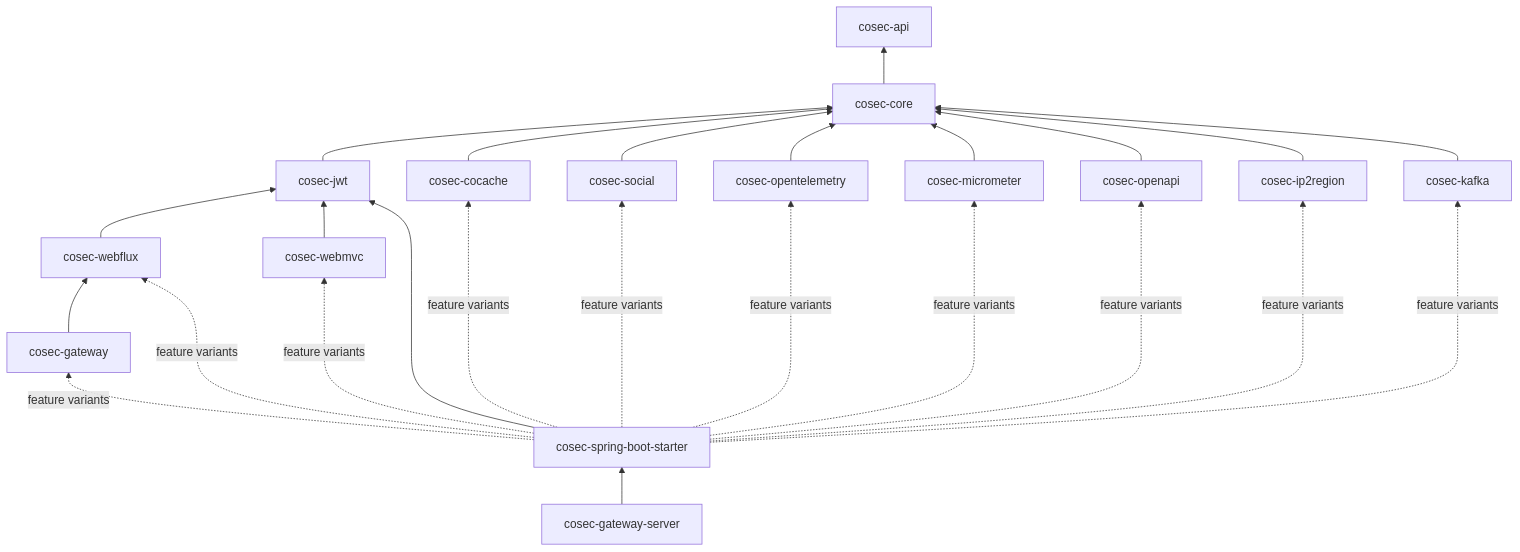
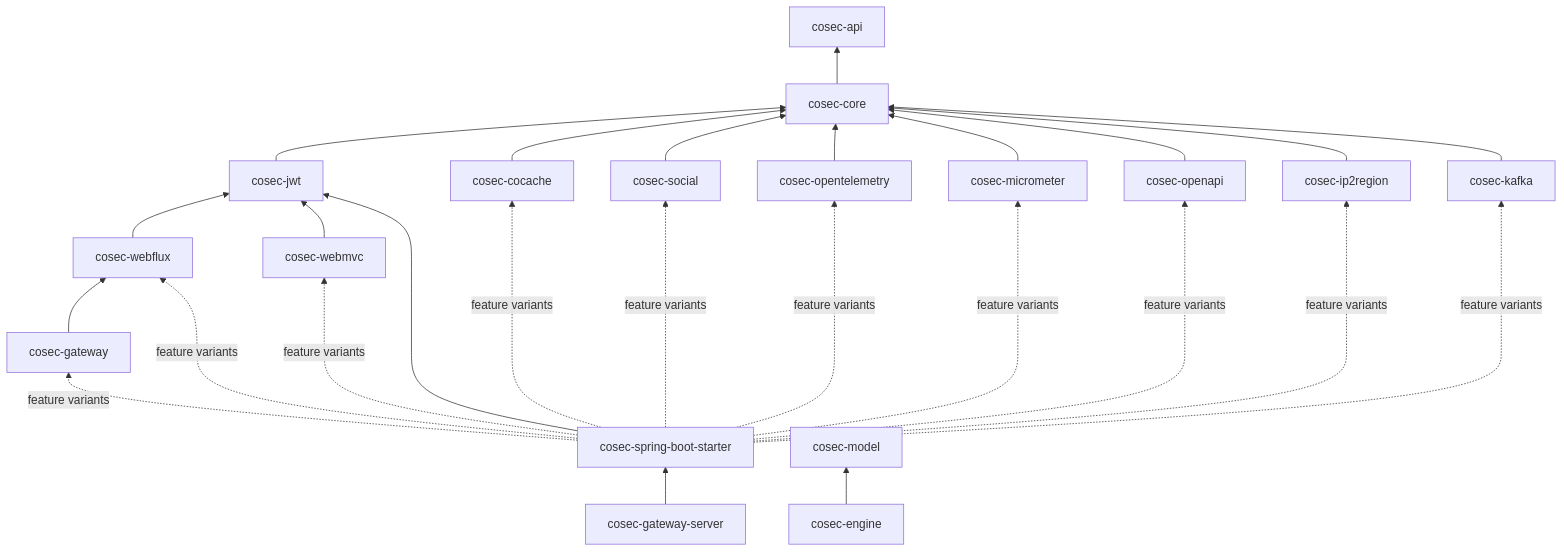
Before and after one commit to Ahoo-Wang/CoSec: the first of 3 diagrams in wiki/architecture/overview.md, drawn with Mermaid. The commit also changed other lines of this file and 22 other files, not shown here.

First line of the commit message:
build: add cosec-model and cosec-engine modules

````diff
--- a/wiki/architecture/overview.md
+++ b/wiki/architecture/overview.md
@@ -27,19 +27,21 @@
 ```mermaid
 flowchart BT
     api[cosec-api]
     core[cosec-core] --> api
     jwt[cosec-jwt] --> core
     cocache[cosec-cocache] --> core
     social[cosec-social] --> core
     otel[cosec-opentelemetry] --> core
     micrometer[cosec-micrometer] --> core
     openapi[cosec-openapi] --> core
     ip2r[cosec-ip2region] --> core
     kafka[cosec-kafka] --> core
     webflux[cosec-webflux] --> jwt
     webmvc[cosec-webmvc] --> jwt
     gateway[cosec-gateway] --> webflux
     starter[cosec-spring-boot-starter] --> jwt
     starter -. feature variants .-> webflux & webmvc & gateway & cocache & social & otel & micrometer & openapi & ip2r & kafka
     server[cosec-gateway-server] --> starter
+    model[cosec-model]
+    engine[cosec-engine] --> model
 ```
````
